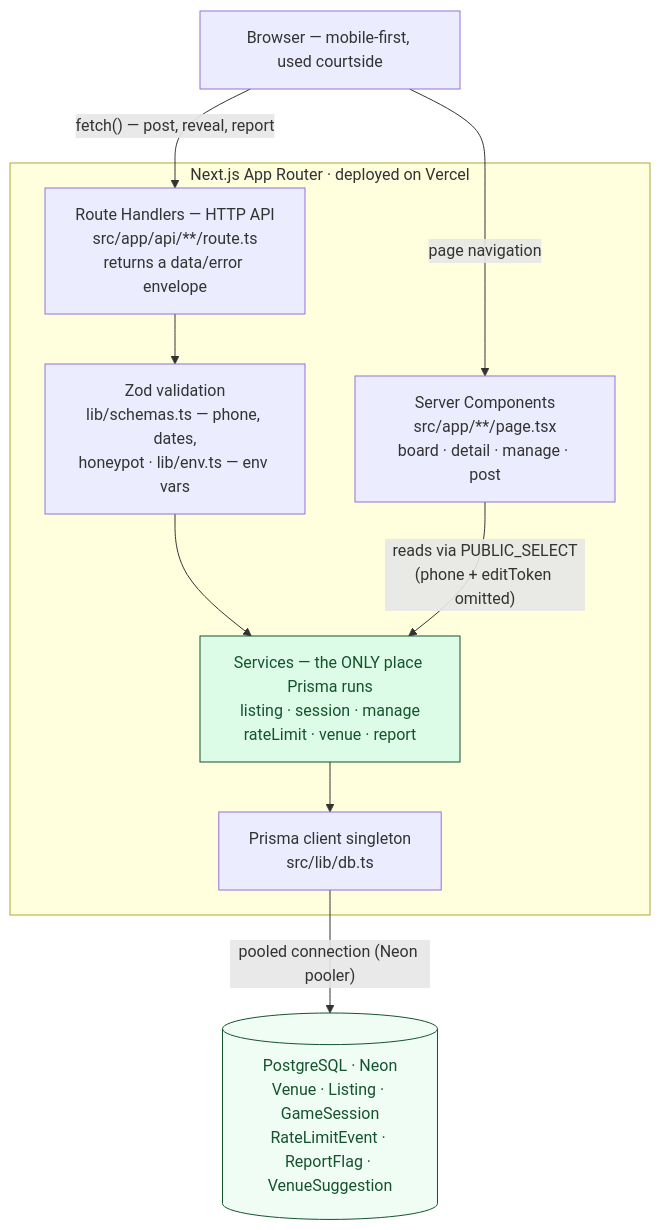
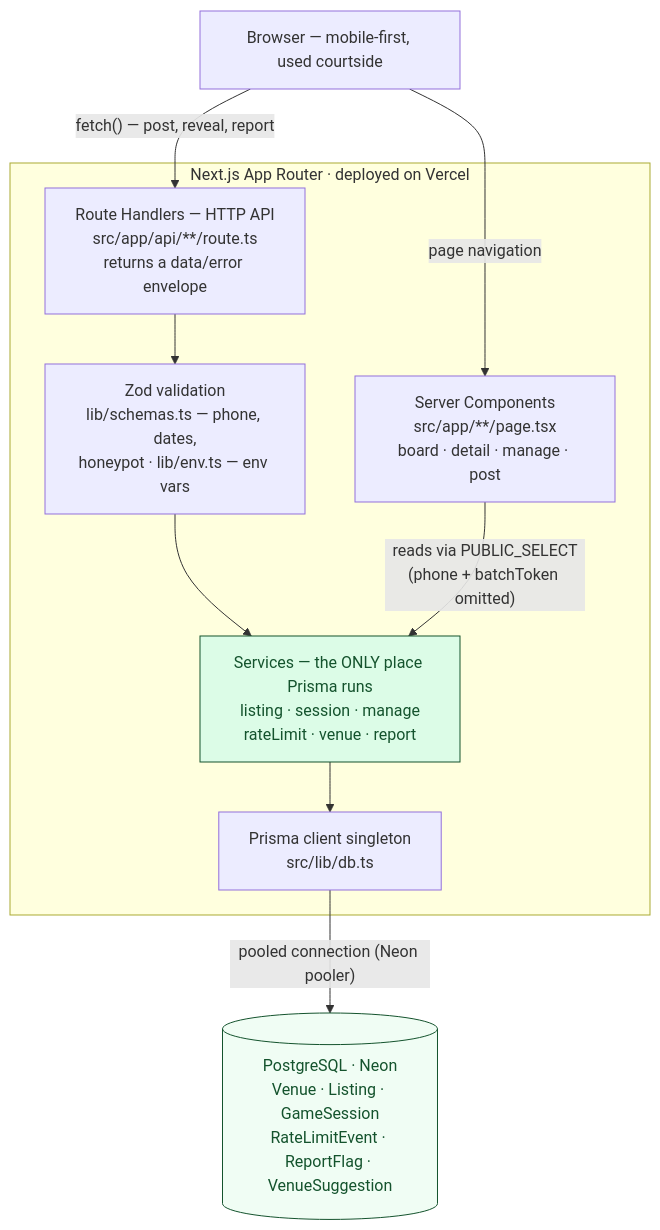
Before and after one commit to lcjj346/BadmintonCourts: the second of 3 diagrams in docs/DEVELOPMENT.md, drawn with Mermaid. The commit also changed other lines of this file and 21 other files, not shown here.

````diff
--- a/docs/DEVELOPMENT.md
+++ b/docs/DEVELOPMENT.md
@@ -58,24 +58,24 @@
 ```mermaid
 flowchart TD
     B["Browser — mobile-first, used courtside"]
 
     subgraph vercel ["Next.js App Router · deployed on Vercel"]
         SC["Server Components<br/>src/app/**/page.tsx<br/>board · detail · manage · post"]
         RH["Route Handlers — HTTP API<br/>src/app/api/**/route.ts<br/>returns a data/error envelope"]
         ZOD["Zod validation<br/>lib/schemas.ts — phone, dates,<br/>honeypot · lib/env.ts — env vars"]
         SVC["Services — the ONLY place Prisma runs<br/>listing · session · manage<br/>rateLimit · venue · report"]
         PC["Prisma client singleton<br/>src/lib/db.ts"]
     end
 
     DB[("PostgreSQL · Neon<br/>Venue · Listing · GameSession<br/>RateLimitEvent · ReportFlag · VenueSuggestion")]
 
     B -->|"page navigation"| SC
     B -->|"fetch() — post, reveal, report"| RH
     RH --> ZOD --> SVC
-    SC -->|"reads via PUBLIC_SELECT<br/>(phone + editToken omitted)"| SVC
+    SC -->|"reads via PUBLIC_SELECT<br/>(phone + batchToken omitted)"| SVC
     SVC --> PC
     PC -->|"pooled connection (Neon pooler)"| DB
 
     style SVC fill:#dcfce7,stroke:#14532d,color:#14532d
     style DB fill:#f0fdf4,stroke:#14532d,color:#14532d
 ```
````
